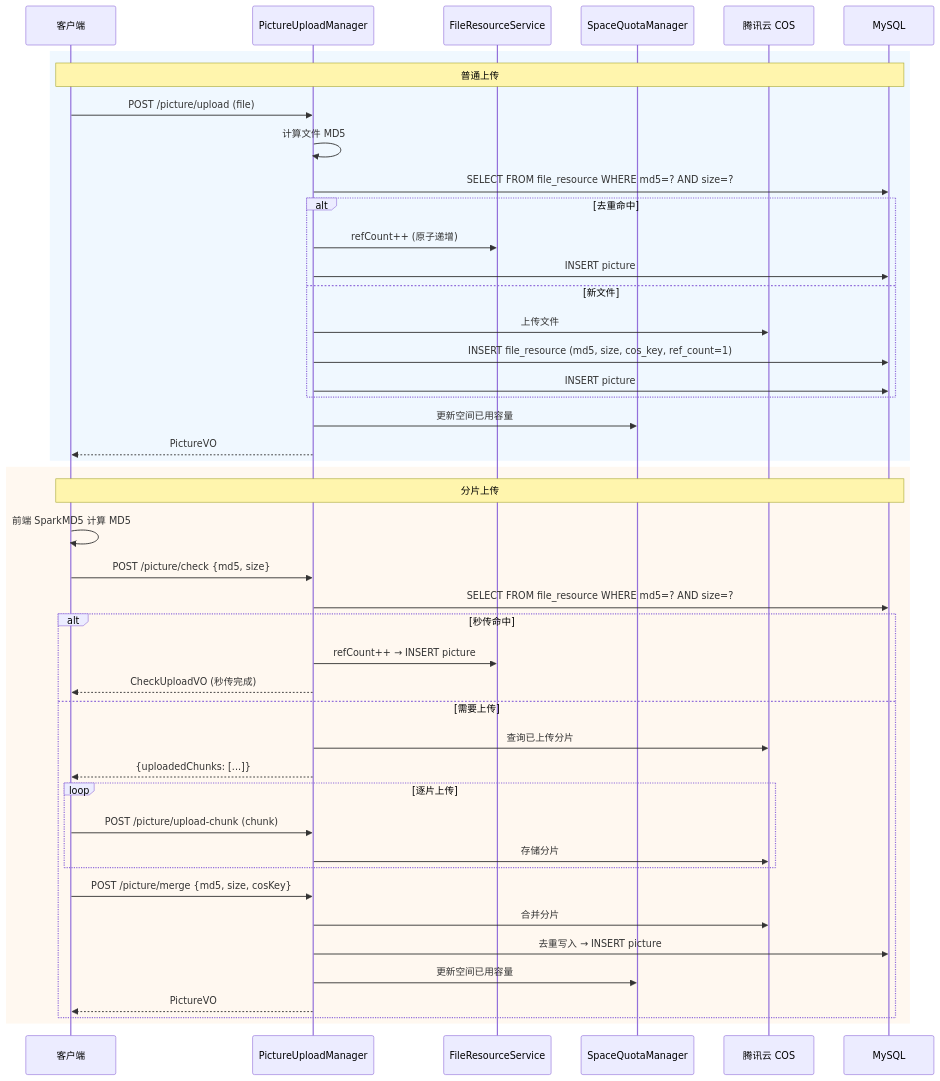
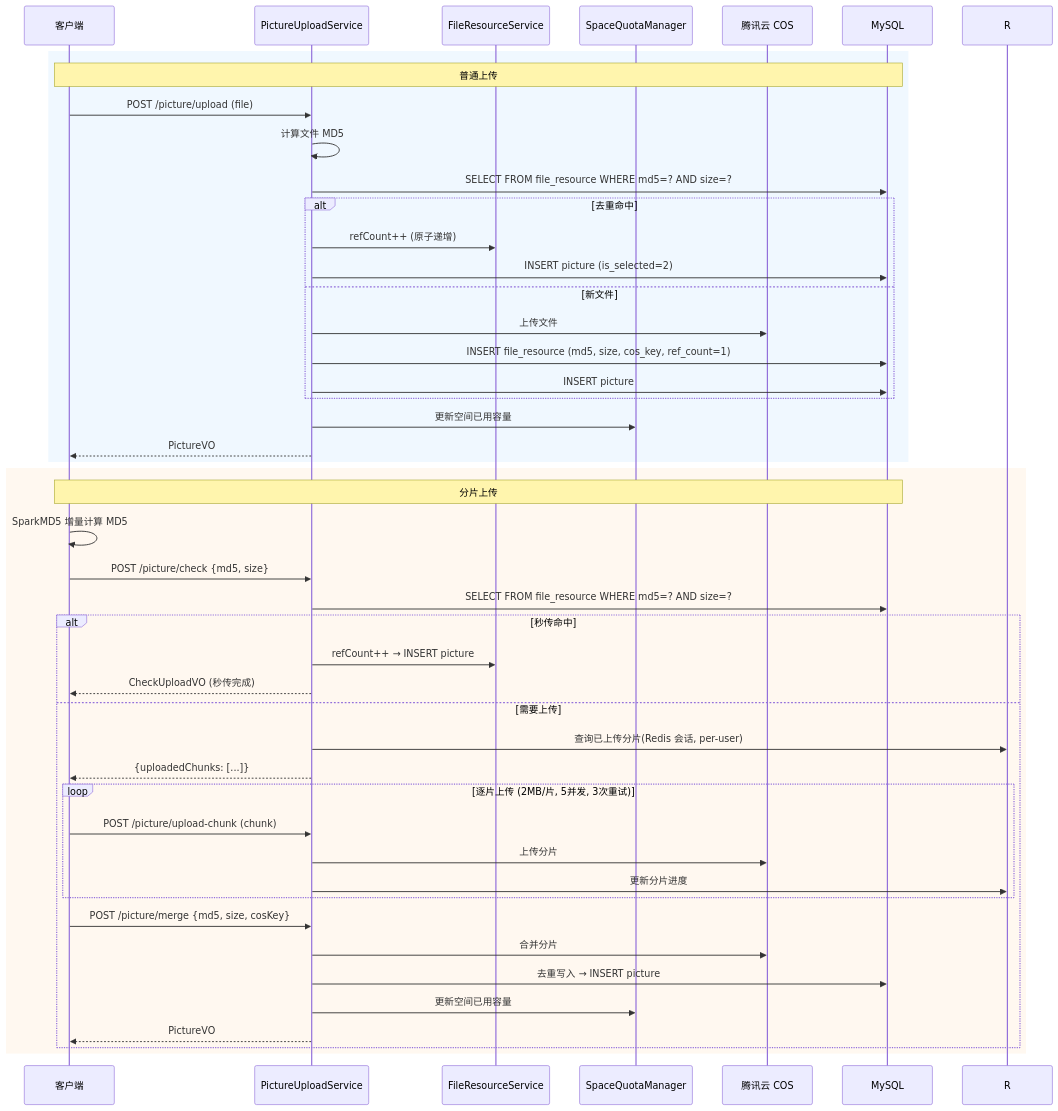
Before and after one commit to FishDuM/AI.Image.Material.Collaboration.Platform: the fifth of 8 diagrams in model/uml_diagrams.md, drawn with Mermaid. The commit also changed other lines of this file and 3 other files, not shown here.

````diff
--- a/model/uml_diagrams.md
+++ b/model/uml_diagrams.md
@@ -590,49 +616,50 @@
 ```mermaid
 sequenceDiagram
     participant C as 客户端
-    participant PM as PictureUploadManager
+    participant PU as PictureUploadService
     participant FR as FileResourceService
     participant SQ as SpaceQuotaManager
     participant COS as 腾讯云 COS
     participant DB as MySQL
 
     rect rgb(240, 248, 255)
         Note over C,DB: 普通上传
-        C->>PM: POST /picture/upload (file)
-        PM->>PM: 计算文件 MD5
-        PM->>DB: SELECT FROM file_resource WHERE md5=? AND size=?
+        C->>PU: POST /picture/upload (file)
+        PU->>PU: 计算文件 MD5
+        PU->>DB: SELECT FROM file_resource WHERE md5=? AND size=?
         alt 去重命中
-            PM->>FR: refCount++ (原子递增)
-            PM->>DB: INSERT picture
+            PU->>FR: refCount++ (原子递增)
+            PU->>DB: INSERT picture (is_selected=2)
         else 新文件
-            PM->>COS: 上传文件
-            PM->>DB: INSERT file_resource (md5, size, cos_key, ref_count=1)
-            PM->>DB: INSERT picture
+            PU->>COS: 上传文件
+            PU->>DB: INSERT file_resource (md5, size, cos_key, ref_count=1)
+            PU->>DB: INSERT picture
         end
-        PM->>SQ: 更新空间已用容量
-        PM-->>C: PictureVO
+        PU->>SQ: 更新空间已用容量
+        PU-->>C: PictureVO
     end
 
     rect rgb(255, 248, 240)
         Note over C,DB: 分片上传
-        C->>C: 前端 SparkMD5 计算 MD5
-        C->>PM: POST /picture/check {md5, size}
-        PM->>DB: SELECT FROM file_resource WHERE md5=? AND size=?
+        C->>C: SparkMD5 增量计算 MD5
+        C->>PU: POST /picture/check {md5, size}
+        PU->>DB: SELECT FROM file_resource WHERE md5=? AND size=?
         alt 秒传命中
-            PM->>FR: refCount++ → INSERT picture
-            PM-->>C: CheckUploadVO (秒传完成)
+            PU->>FR: refCount++ → INSERT picture
+            PU-->>C: CheckUploadVO (秒传完成)
         else 需要上传
-            PM->>COS: 查询已上传分片
-            PM-->>C: {uploadedChunks: [...]}
-            loop 逐片上传
-                C->>PM: POST /picture/upload-chunk (chunk)
-                PM->>COS: 存储分片
+            PU->>R: 查询已上传分片(Redis 会话, per-user)
+            PU-->>C: {uploadedChunks: [...]}
+            loop 逐片上传 (2MB/片, 5并发, 3次重试)
+                C->>PU: POST /picture/upload-chunk (chunk)
+                PU->>COS: 上传分片
+                PU->>R: 更新分片进度
             end
-            C->>PM: POST /picture/merge {md5, size, cosKey}
-            PM->>COS: 合并分片
-            PM->>DB: 去重写入 → INSERT picture
-            PM->>SQ: 更新空间已用容量
-            PM-->>C: PictureVO
+            C->>PU: POST /picture/merge {md5, size, cosKey}
+            PU->>COS: 合并分片
+            PU->>DB: 去重写入 → INSERT picture
+            PU->>SQ: 更新空间已用容量
+            PU-->>C: PictureVO
         end
     end
 ```
````
